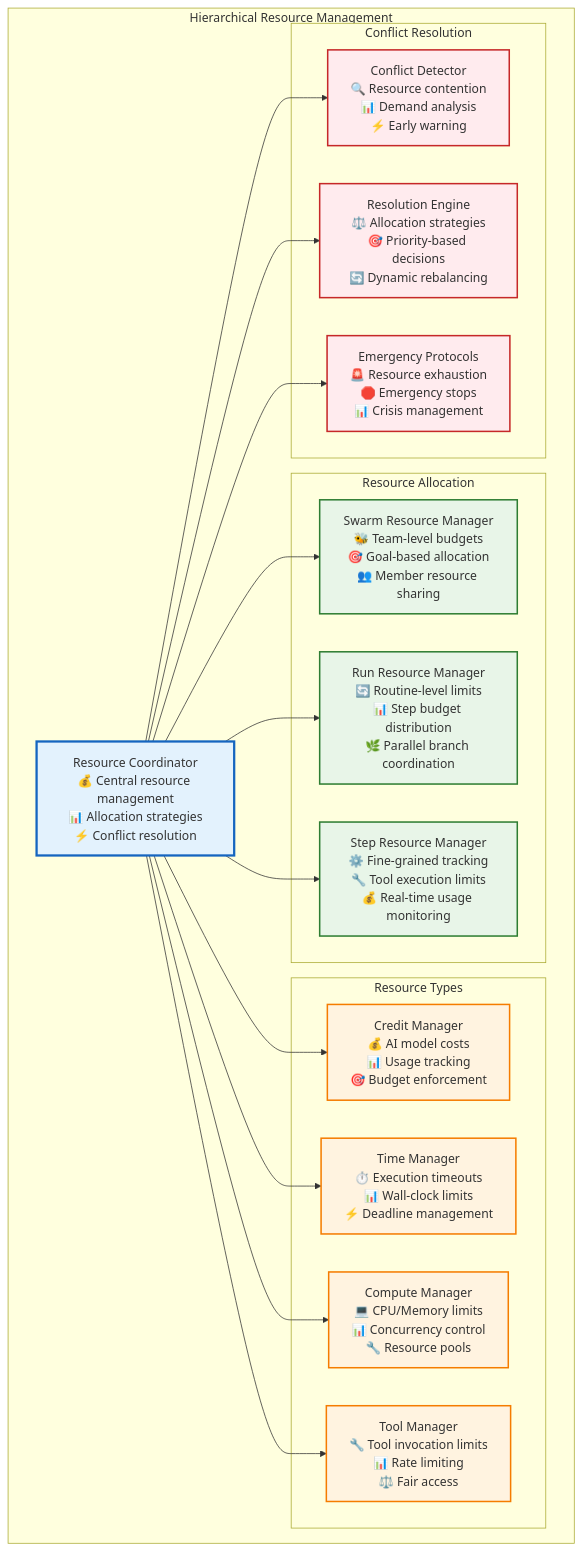
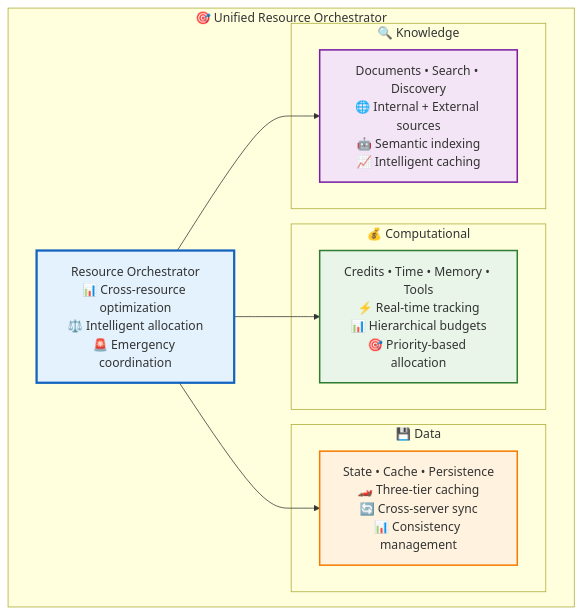
The first of 2 diagrams in docs/architecture/execution/resource-management/README.md (Vrooli/Vrooli), drawn with Mermaid before and after one commit. The commit also changed other lines of this file and 19 other files, not shown here.

````diff
--- a/docs/architecture/execution/resource-management/README.md
+++ b/docs/architecture/execution/resource-management/README.md
@@ -11,46 +11,32 @@
 ```mermaid
 graph TB
-    subgraph "Hierarchical Resource Management"
-        ResourceCoordinator[Resource Coordinator<br/>💰 Central resource management<br/>📊 Allocation strategies<br/>⚡ Conflict resolution]
+    subgraph "🎯 Unified Resource Orchestrator"
+        Orchestrator[Resource Orchestrator<br/>📊 Cross-resource optimization<br/>⚖️ Intelligent allocation<br/>🚨 Emergency coordination]
         
-        subgraph "Resource Allocation"
-            SwarmResourceManager[Swarm Resource Manager<br/>🐝 Team-level budgets<br/>🎯 Goal-based allocation<br/>👥 Member resource sharing]
-            RunResourceManager[Run Resource Manager<br/>🔄 Routine-level limits<br/>📊 Step budget distribution<br/>🌿 Parallel branch coordination]
-            StepResourceManager[Step Resource Manager<br/>⚙️ Fine-grained tracking<br/>🔧 Tool execution limits<br/>💰 Real-time usage monitoring]
+        subgraph "💰 Computational"
+            Compute[Credits • Time • Memory • Tools<br/>⚡ Real-time tracking<br/>📊 Hierarchical budgets<br/>🎯 Priority-based allocation]
         end
         
-        subgraph "Resource Types"
-            CreditManager[Credit Manager<br/>💰 AI model costs<br/>📊 Usage tracking<br/>🎯 Budget enforcement]
-            TimeManager[Time Manager<br/>⏱️ Execution timeouts<br/>📊 Wall-clock limits<br/>⚡ Deadline management]
-            ComputeManager[Compute Manager<br/>💻 CPU/Memory limits<br/>📊 Concurrency control<br/>🔧 Resource pools]
-            ToolManager[Tool Manager<br/>🔧 Tool invocation limits<br/>📊 Rate limiting<br/>⚖️ Fair access]
+        subgraph "💾 Data"
+            Data[State • Cache • Persistence<br/>🏎️ Three-tier caching<br/>🔄 Cross-server sync<br/>📊 Consistency management]
         end
         
-        subgraph "Conflict Resolution"
-            ConflictDetector[Conflict Detector<br/>🔍 Resource contention<br/>📊 Demand analysis<br/>⚡ Early warning]
-            ResolutionEngine[Resolution Engine<br/>⚖️ Allocation strategies<br/>🎯 Priority-based decisions<br/>🔄 Dynamic rebalancing]
-            EmergencyProtocols[Emergency Protocols<br/>🚨 Resource exhaustion<br/>🛑 Emergency stops<br/>📊 Crisis management]
+        subgraph "🔍 Knowledge"
+            Knowledge[Documents • Search • Discovery<br/>🌐 Internal + External sources<br/>🤖 Semantic indexing<br/>📈 Intelligent caching]
         end
     end
     
-    ResourceCoordinator --> SwarmResourceManager
-    ResourceCoordinator --> RunResourceManager
-    ResourceCoordinator --> StepResourceManager
-    ResourceCoordinator --> CreditManager
-    ResourceCoordinator --> TimeManager
-    ResourceCoordinator --> ComputeManager
-    ResourceCoordinator --> ToolManager
-    ResourceCoordinator --> ConflictDetector
-    ResourceCoordinator --> ResolutionEngine
-    ResourceCoordinator --> EmergencyProtocols
+    Orchestrator --> Compute
+    Orchestrator --> Data
+    Orchestrator --> Knowledge
     
-    classDef coordinator fill:#e3f2fd,stroke:#1565c0,stroke-width:3px
-    classDef allocation fill:#e8f5e8,stroke:#2e7d32,stroke-width:2px
-    classDef resources fill:#fff3e0,stroke:#f57c00,stroke-width:2px
-    classDef conflict fill:#ffebee,stroke:#c62828,stroke-width:2px
+    classDef orchestrator fill:#e3f2fd,stroke:#1565c0,stroke-width:3px
+    classDef computational fill:#e8f5e8,stroke:#2e7d32,stroke-width:2px
+    classDef data fill:#fff3e0,stroke:#f57c00,stroke-width:2px
+    classDef knowledge fill:#f3e5f5,stroke:#7b1fa2,stroke-width:2px
     
-    class ResourceCoordinator coordinator
-    class SwarmResourceManager,RunResourceManager,StepResourceManager allocation
-    class CreditManager,TimeManager,ComputeManager,ToolManager resources
-    class ConflictDetector,ResolutionEngine,EmergencyProtocols conflict
+    class Orchestrator orchestrator
+    class Compute computational
+    class Data data
+    class Knowledge knowledge
 ```
````
